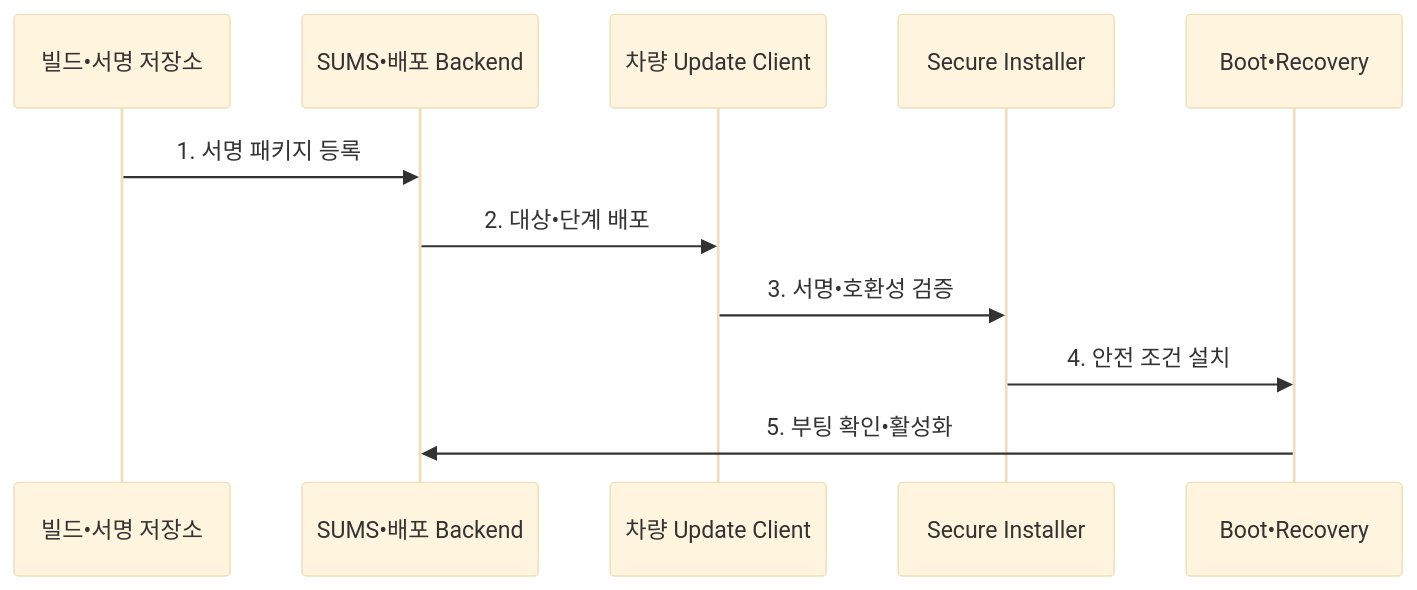
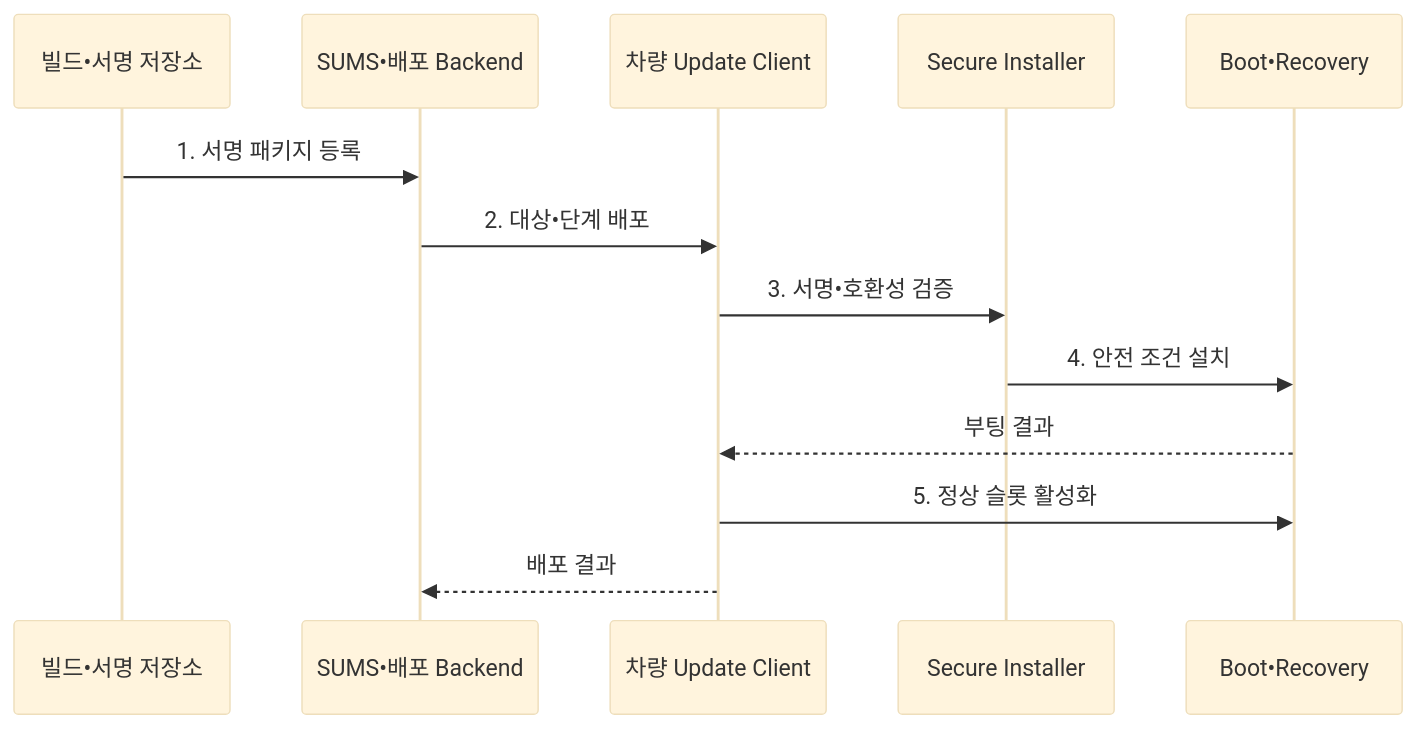
The second of 2 diagrams in src/content/docs/notes/08-latest-tech/205_ota_update.md (agnusdei1207/knowledge-base), drawn with Mermaid (base theme) before and after one commit. The commit also changed other lines of this file and 15 other files, not shown here.

````diff
--- a/src/content/docs/notes/08-latest-tech/205_ota_update.md
+++ b/src/content/docs/notes/08-latest-tech/205_ota_update.md
@@ -113,13 +113,15 @@
 ```mermaid
 sequenceDiagram
   participant R as 빌드•서명 저장소
   participant B as SUMS•배포 Backend
   participant C as 차량 Update Client
   participant I as Secure Installer
   participant O as Boot•Recovery
   R->>B: 1. 서명 패키지 등록
   B->>C: 2. 대상•단계 배포
   C->>I: 3. 서명•호환성 검증
   I->>O: 4. 안전 조건 설치
-  O->>B: 5. 부팅 확인•활성화
+  O-->>C: 부팅 결과
+  C->>O: 5. 정상 슬롯 활성화
+  C-->>B: 배포 결과
 ```
````
